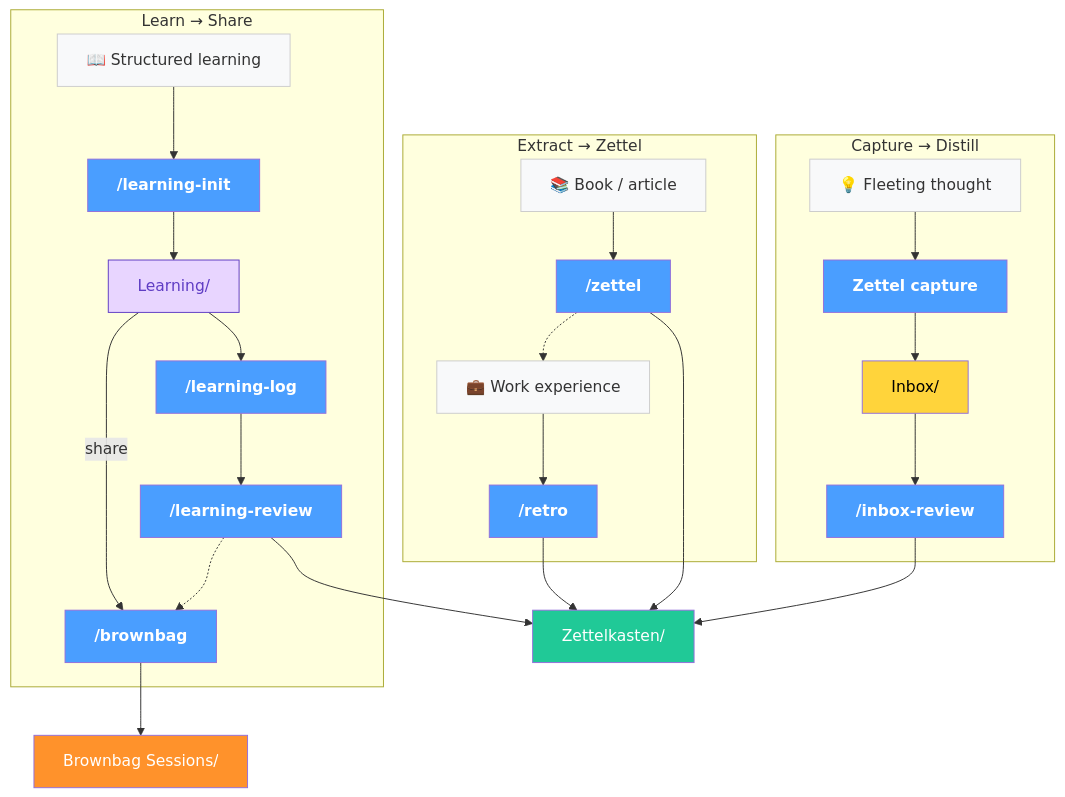
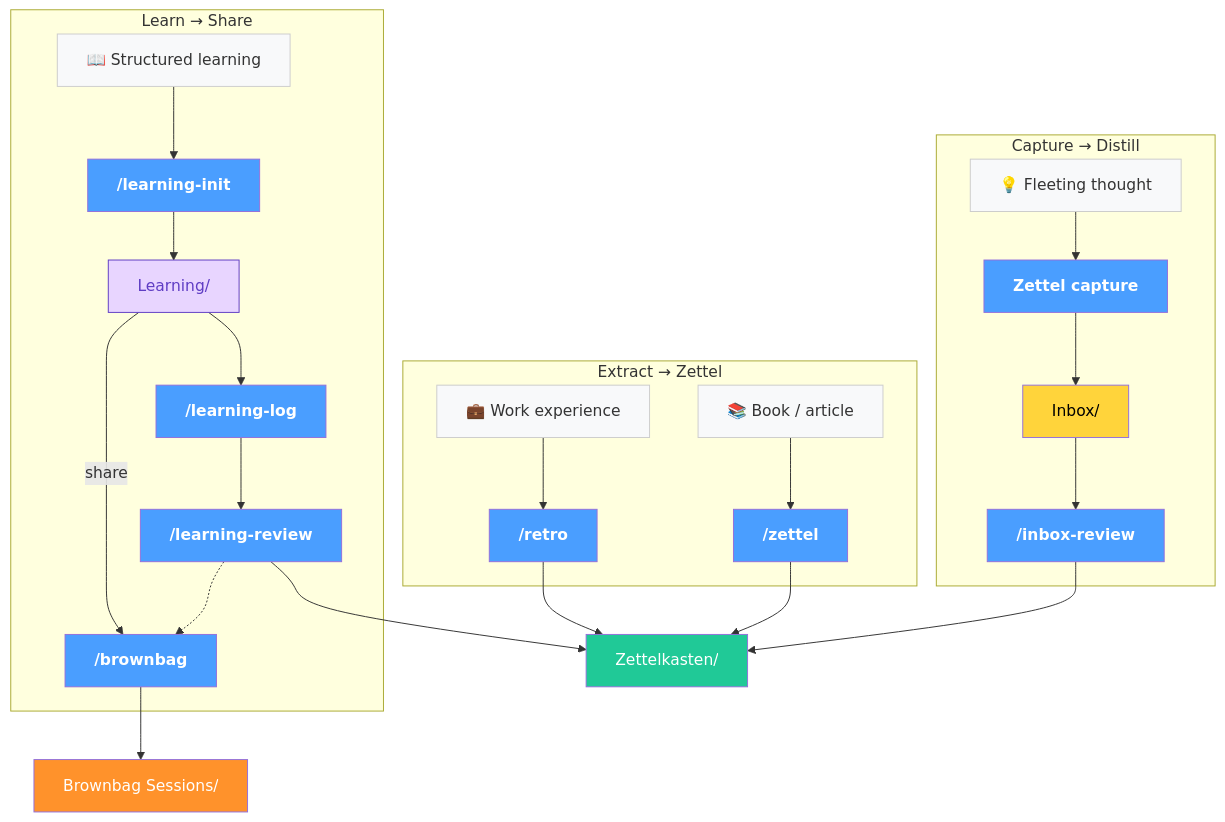
One commit to yepengfan/obsidian-workflow changed the third of 3 diagrams in README.md. Above: the diagram before and after it, drawn with Mermaid.

Commit message:
Fix misleading edge between zettel and work experience in diagram
Remove the false dotted link from the zettel command to Work experience.
They are two independent extraction paths: books go through the zettel
command while work experience goes through retro. Both feed into
Zettelkasten.

````diff
--- a/README.md
+++ b/README.md
@@ -106,37 +106,36 @@
 ```mermaid
 flowchart TD
     classDef cmd fill:#4a9eff,color:#fff,font-weight:bold
     classDef store fill:#20c997,color:#fff
     classDef inbox fill:#ffd43b,color:#000
     classDef source fill:#f8f9fa,color:#333,stroke:#ccc
     classDef plan fill:#e8d5ff,color:#5f3dc4,stroke:#5f3dc4
     classDef output fill:#ff922b,color:#fff
 
     subgraph capture ["Capture → Distill"]
         THOUGHT["💡 Fleeting thought"]:::source
         THOUGHT --> BTN["Zettel capture"]:::cmd
         BTN --> INBOX["Inbox/"]:::inbox
         INBOX --> IR["/inbox-review"]:::cmd
     end
 
     subgraph learn ["Learn → Share"]
         COURSE["📖 Structured learning"]:::source --> LI["/learning-init"]:::cmd
         LI --> PLAN["Learning/"]:::plan
         PLAN --> LL["/learning-log"]:::cmd
         LL --> LR["/learning-review"]:::cmd
         LR -.-> BB["/brownbag"]:::cmd
     end
 
     subgraph extract ["Extract → Zettel"]
         BOOK["📚 Book / article"]:::source --> ZT["/zettel"]:::cmd
-        ZT -.-> WORK_EXP["💼 Work experience"]:::source
-        WORK_EXP --> RT["/retro"]:::cmd
+        WORK_EXP["💼 Work experience"]:::source --> RT["/retro"]:::cmd
     end
 
     IR --> ZK["Zettelkasten/"]:::store
     ZT --> ZK
     RT --> ZK
     LR --> ZK
     PLAN -->|share| BB
     BB --> BBS["Brownbag Sessions/"]:::output
 ```
````
